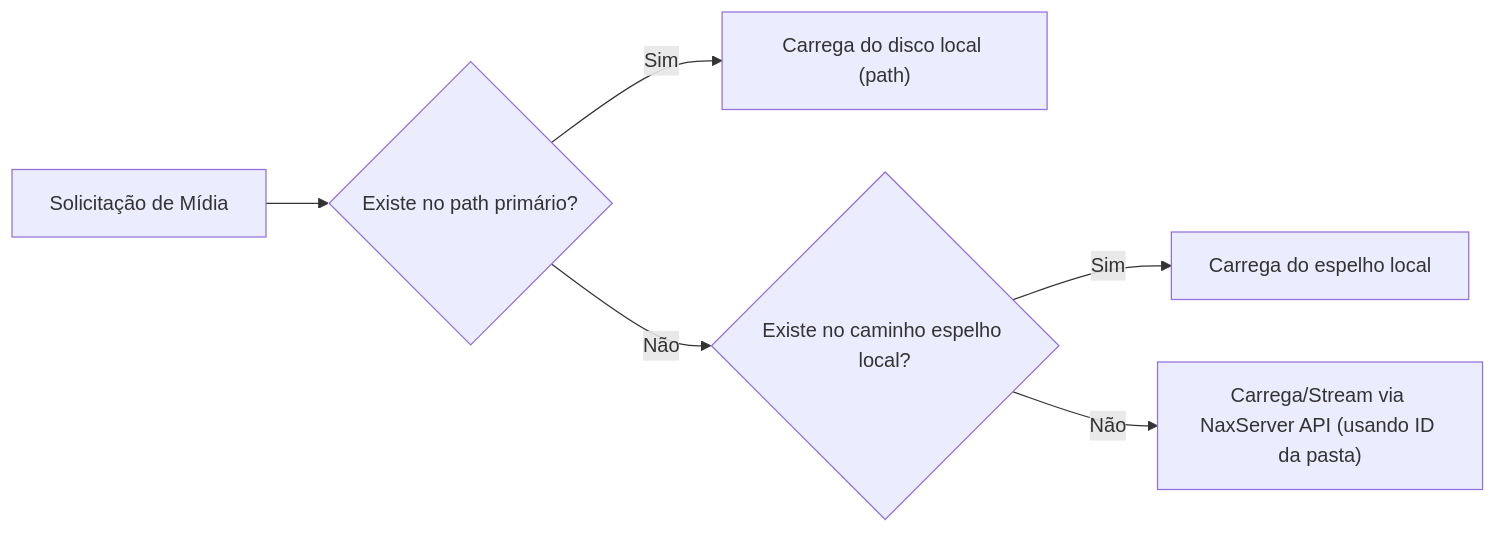
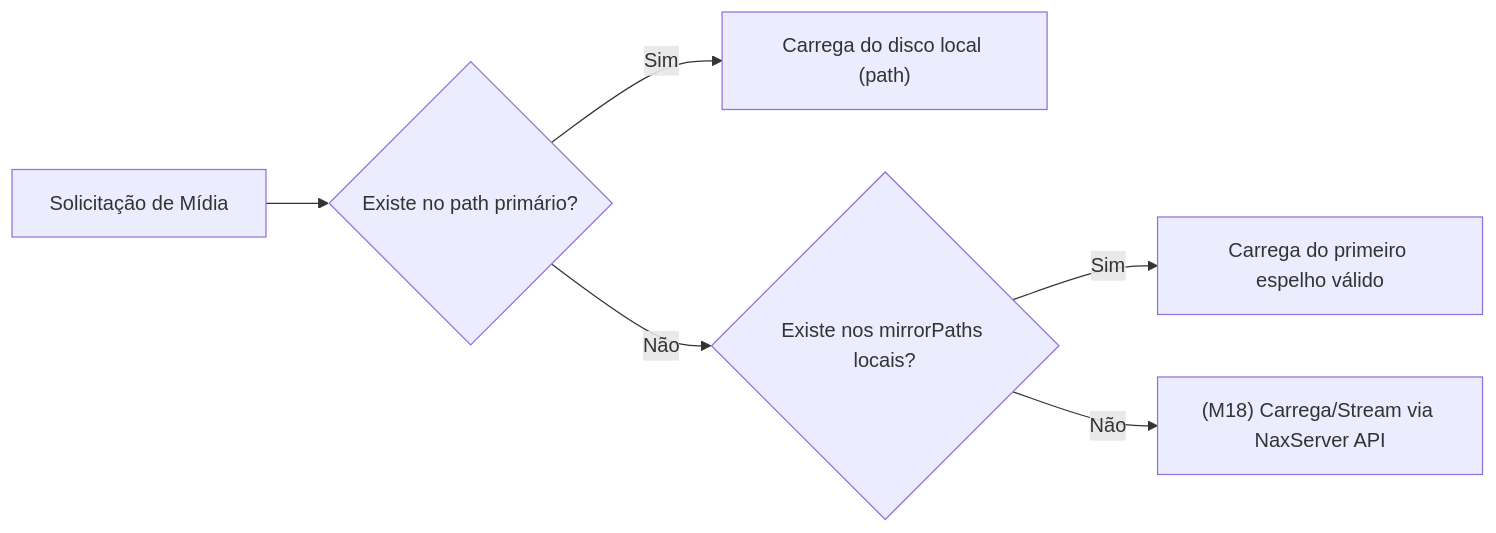
One commit to BrunoCardosoFS/NaxiStudioFlow changed the second of 2 diagrams in docs/architecture/server-sync-and-storage.md. Above: the diagram before and after it, drawn with Mermaid. The commit also changed other lines of this file and 4 other files, not shown here.

First line of the commit message:
docs(core): document milestone M10 local storage, mirror paths, and CI/CD pipelines

````diff
--- a/docs/architecture/server-sync-and-storage.md
+++ b/docs/architecture/server-sync-and-storage.md
@@ -65,8 +65,8 @@
 ```mermaid
 flowchart LR
     A["Solicitação de Mídia"] --> B{"Existe no path primário?"}
     B -- Sim --> E["Carrega do disco local (path)"]
-    B -- Não --> C{"Existe no caminho espelho local?"}
-    C -- Sim --> F["Carrega do espelho local"]
-    C -- Não --> D["Carrega/Stream via NaxServer API (usando ID da pasta)"]
+    B -- Não --> C{"Existe nos mirrorPaths locais?"}
+    C -- Sim --> F["Carrega do primeiro espelho válido"]
+    C -- Não --> D["(M18) Carrega/Stream via NaxServer API"]
 ```
````
